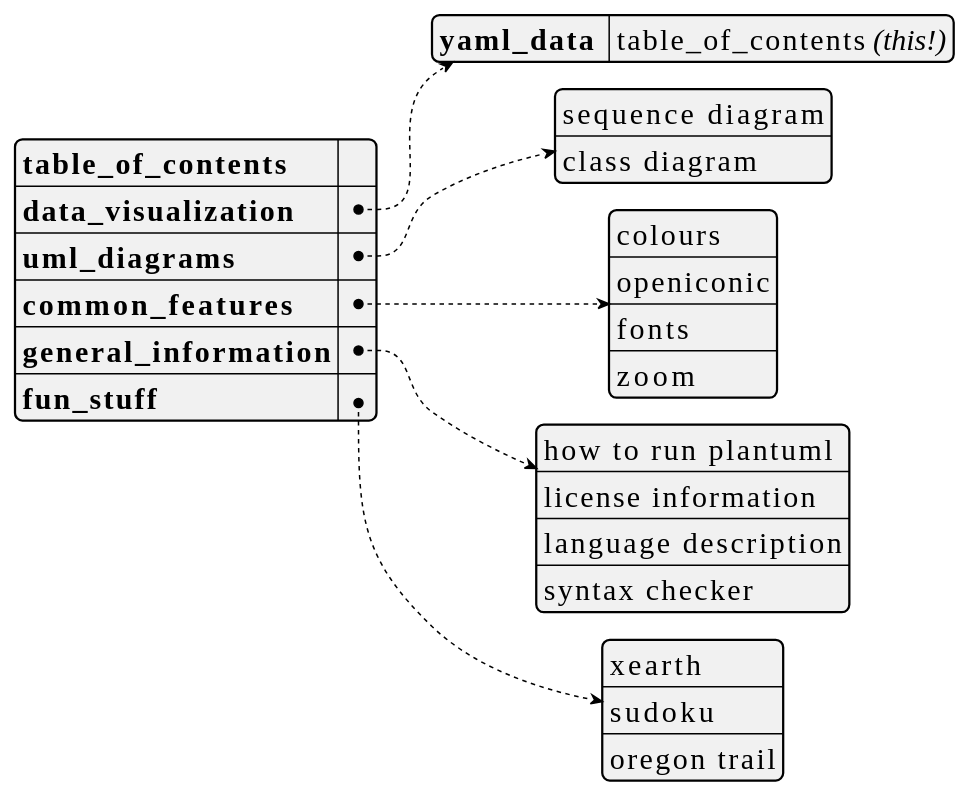
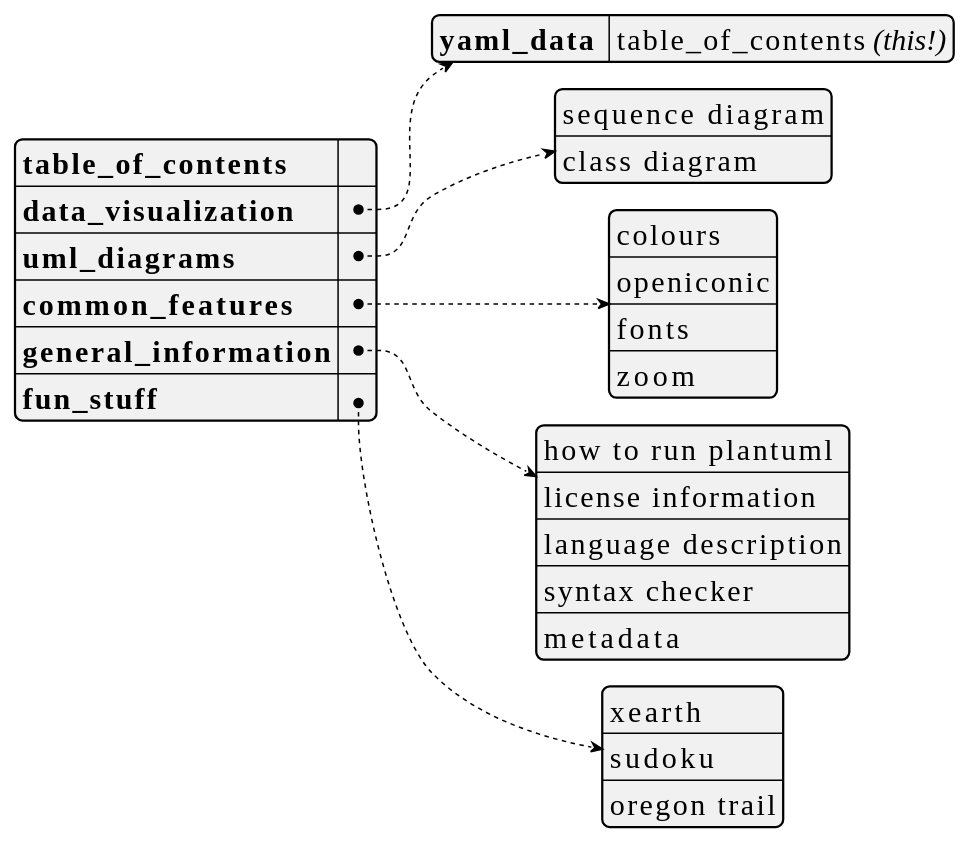
Before and after one commit to dragondive/heavens-arena: the first of 18 diagrams in plantuml_demo.md, drawn with PlantUML. The commit also changed other lines of this file, not shown here.

Commit message:
added info: metadata

````diff
--- a/plantuml_demo.md
+++ b/plantuml_demo.md
@@ -26,43 +26,44 @@
 ```plantuml
 @startyaml
 <style>
 yamlDiagram {
     node {
         ' use a constant width font because that's what developers do.
         FontName Consolas
         FontSize 20
     }
 }
 </style>
 
 /'TODO:
 It would be cool to hyperlink the entries in the table_of_contents to the
 respective section in the document. Not only would it further accentuate the
 [Medium Awareness](https://tvtropes.org/pmwiki/pmwiki.php/Main/MediumAwareness)
 of this yaml document, but also augment the
 [Anachronic Order](https://tvtropes.org/pmwiki/pmwiki.php/Main/AnachronicOrder)
 of the outer markdown document.
 '/
 
 **table_of_contents**: ""  /' workaround: empty string here to avoid dummy link '/
 data_visualization:
     yaml_data : table_of_contents //(this!)//
 uml_diagrams:
     - sequence diagram
     - class diagram
 common_features:
     - colours
     - openiconic
     - fonts
     - zoom
 general_information:
     - how to run plantuml
     - license information
     - language description
     - syntax checker
+    - metadata
 fun_stuff:
     - xearth
     - sudoku
     - oregon trail
 @endyaml
 ```
````
